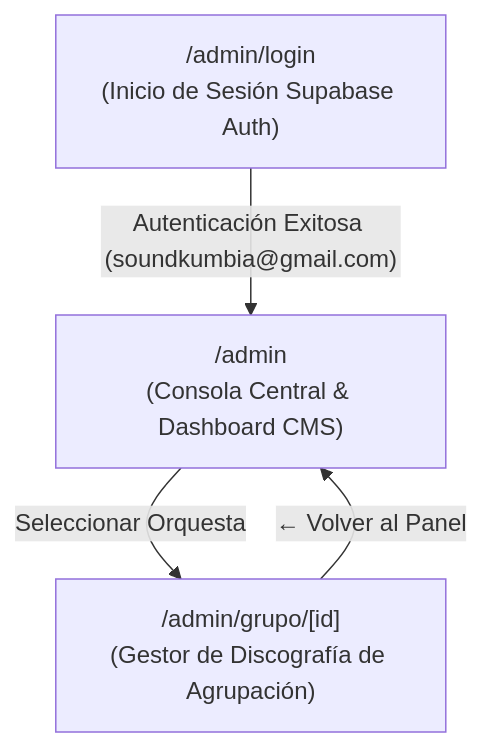
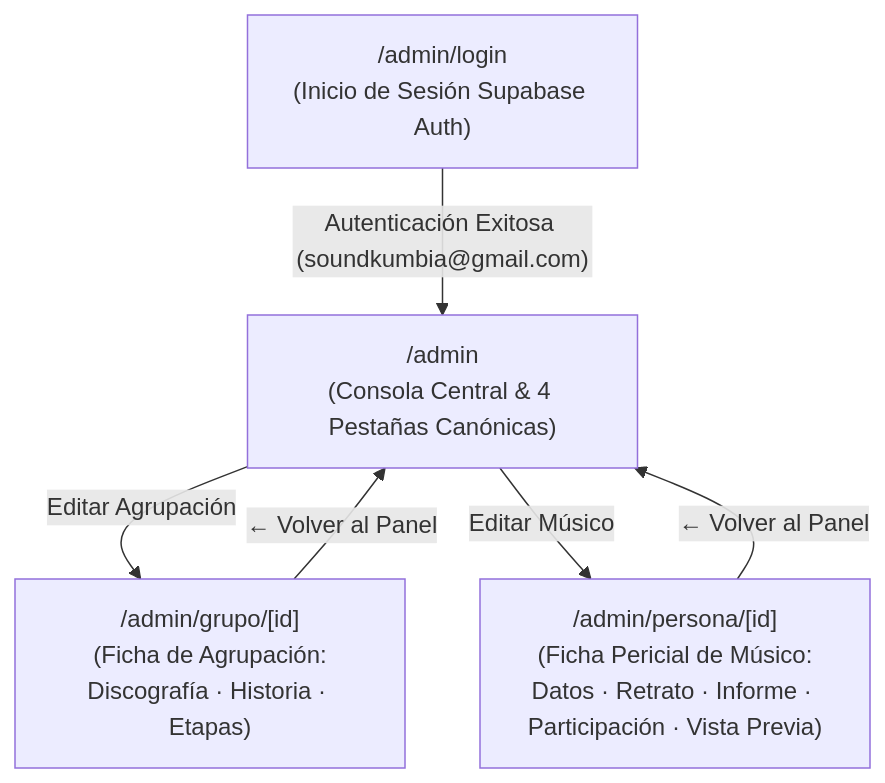
One commit to JorgeJordyJaimes/cumbia-peruana changed the first of 2 diagrams in docs/04-diseno/panel-admin.md. Above: the diagram before and after it, drawn with Mermaid. The commit also changed other lines of this file and 14 other files, not shown here.

Commit message:
feat(admin): rediseñar panel editorial con 4 pestañas, mesa de redacción y editor pericial

````diff
--- a/docs/04-diseno/panel-admin.md
+++ b/docs/04-diseno/panel-admin.md
@@ -22,10 +24,13 @@
 ```mermaid
 flowchart TD
     Login["/admin/login\n(Inicio de Sesión Supabase Auth)"]
-    Admin["/admin\n(Consola Central & Dashboard CMS)"]
-    GrupoDetail["/admin/grupo/[id]\n(Gestor de Discografía de Agrupación)"]
+    Admin["/admin\n(Consola Central & 4 Pestañas Canónicas)"]
+    GrupoDetail["/admin/grupo/[id]\n(Ficha de Agrupación:\nDiscografía · Historia · Etapas)"]
+    PersonaDetail["/admin/persona/[id]\n(Ficha Pericial de Músico:\nDatos · Retrato · Informe · Participación · Vista Previa)"]
 
     Login -->|"Autenticación Exitosa (soundkumbia@gmail.com)"| Admin
-    Admin -->|"Seleccionar Orquesta"| GrupoDetail
+    Admin -->|"Editar Agrupación"| GrupoDetail
+    Admin -->|"Editar Músico"| PersonaDetail
     GrupoDetail -->|"← Volver al Panel"| Admin
+    PersonaDetail -->|"← Volver al Panel"| Admin
 ```
````
